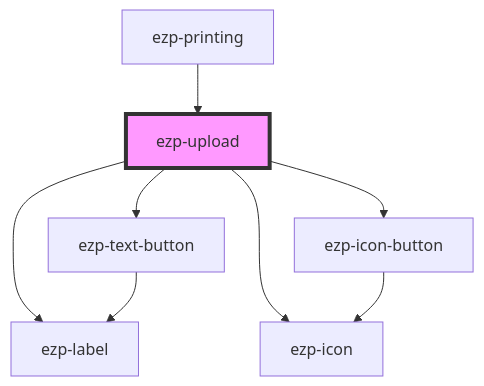
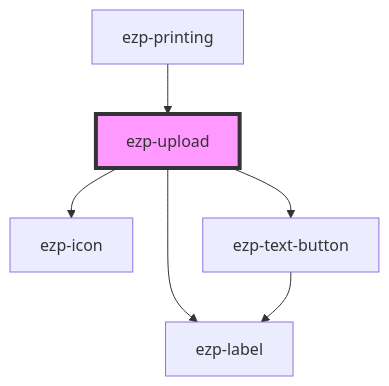
One commit to ezeep/ezeep-js changed the diagram in src/components/ezp-upload/readme.md. Above: the diagram before and after it, drawn with Mermaid. The commit also changed other lines of this file and 8 other files, not shown here.

First line of the commit message:
feat(upload): drop modal header and make Cancel close the flow

````diff
--- a/src/components/ezp-upload/readme.md
+++ b/src/components/ezp-upload/readme.md
@@ -28,11 +28,9 @@
 ```mermaid
 graph TD;
+  ezp-upload --> ezp-icon
   ezp-upload --> ezp-label
-  ezp-upload --> ezp-icon-button
-  ezp-upload --> ezp-icon
   ezp-upload --> ezp-text-button
-  ezp-icon-button --> ezp-icon
   ezp-text-button --> ezp-label
   ezp-printing --> ezp-upload
   style ezp-upload fill:#f9f,stroke:#333,stroke-width:4px
 ```
````
